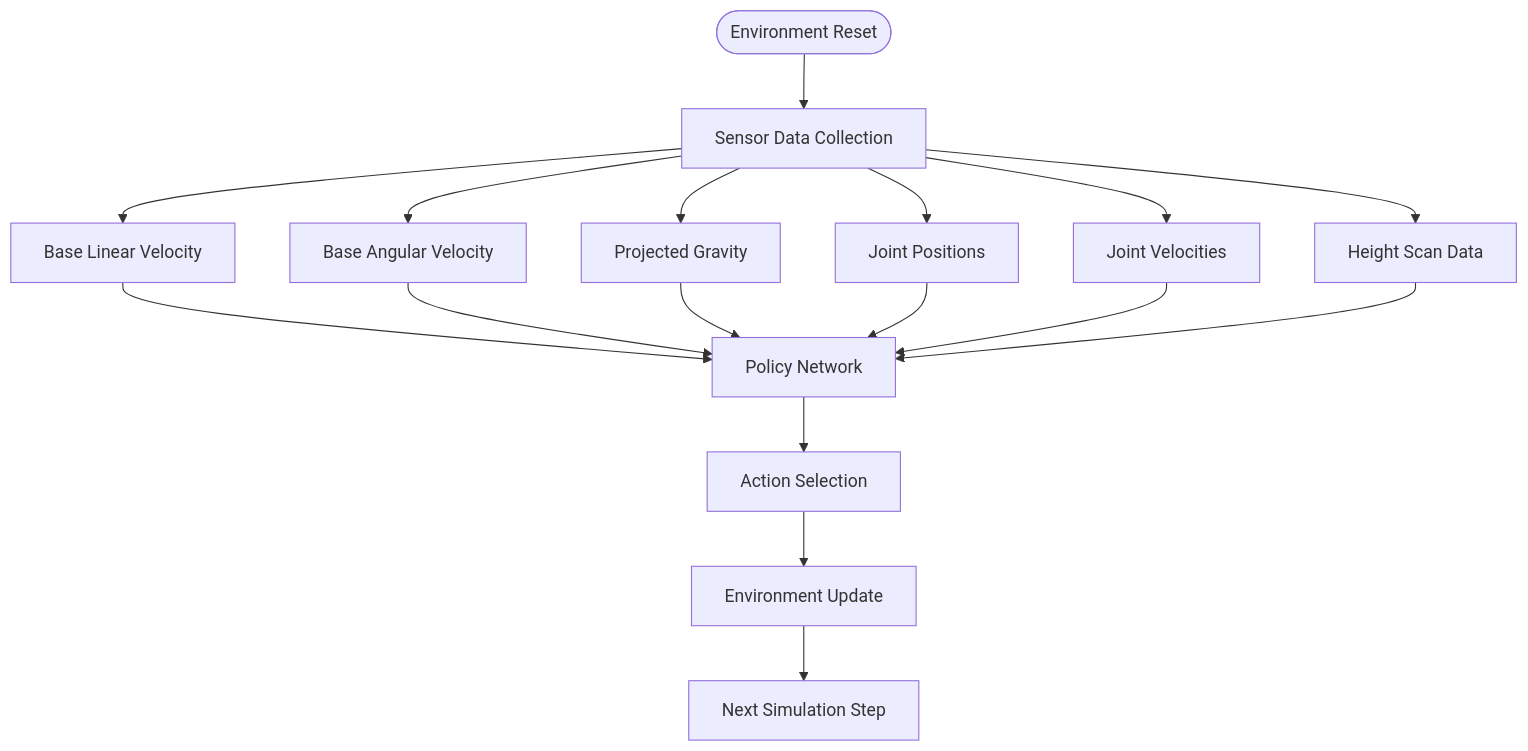
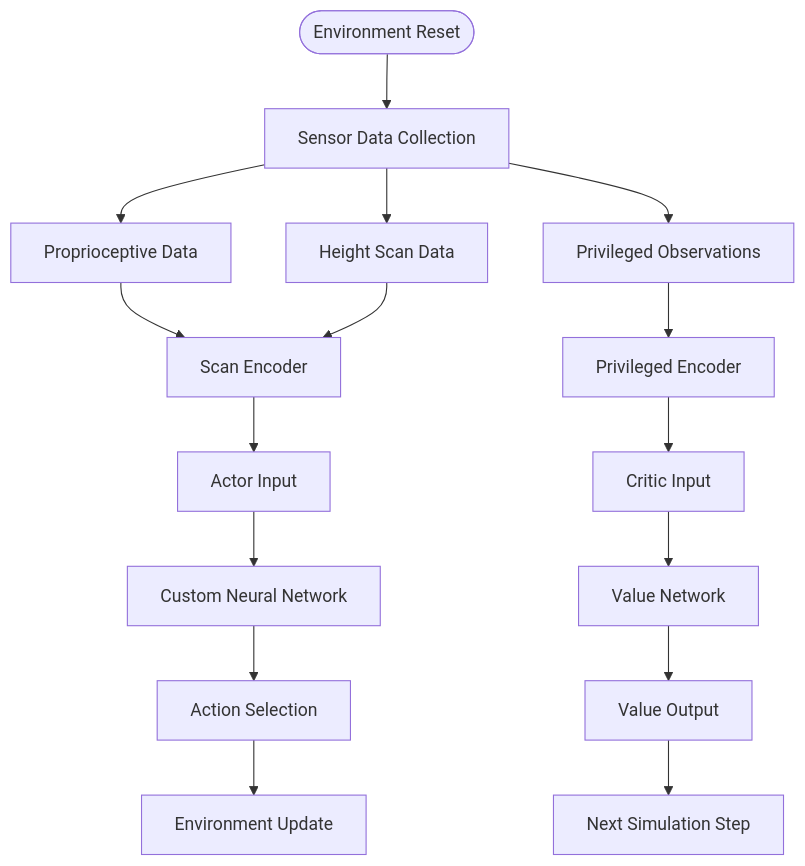
Before and after one commit to jayjayhust/robot_lab: the third of 11 diagrams in .qoder/repowiki/en/content/Task Configuration Framework/Velocity-Based Locomotion Tasks/Parkour Navigation System.md, drawn with Mermaid. The commit also changed other lines of this file and 17 other files, not shown here.

````diff
--- a/.qoder/repowiki/en/content/Task Configuration Framework/Velocity-Based Locomotion Tasks/Parkour Navigation System.md
+++ b/.qoder/repowiki/en/content/Task Configuration Framework/Velocity-Based Locomotion Tasks/Parkour Navigation System.md
@@ -144,19 +171,18 @@
 ```mermaid
 flowchart TD
 Start([Environment Reset]) --> SensorReadings[Sensor Data Collection]
-SensorReadings --> BaseVel[Base Linear Velocity]
-SensorReadings --> BaseAngVel[Base Angular Velocity]
-SensorReadings --> Gravity[Projected Gravity]
-SensorReadings --> JointPos[Joint Positions]
-SensorReadings --> JointVel[Joint Velocities]
+SensorReadings --> Proprioception[Proprioceptive Data]
 SensorReadings --> HeightScan[Height Scan Data]
-BaseVel --> Policy[Policy Network]
-BaseAngVel --> Policy
-Gravity --> Policy
-JointPos --> Policy
-JointVel --> Policy
-HeightScan --> Policy
+SensorReadings --> PrivilegedObs[Privileged Observations]
+Proprioception --> ScanEncoder[Scan Encoder]
+HeightScan --> ScanEncoder
+PrivilegedObs --> PrivEncoder[Privileged Encoder]
+ScanEncoder --> ActorInput[Actor Input]
+PrivEncoder --> CriticInput[Critic Input]
+ActorInput --> Policy[Custom Neural Network]
+CriticInput --> ValueNetwork[Value Network]
 Policy --> Action[Action Selection]
+ValueNetwork --> ValueOutput[Value Output]
 Action --> Environment[Environment Update]
-Environment --> NextStep[Next Simulation Step]
+ValueOutput --> NextStep[Next Simulation Step]
 ```
````
